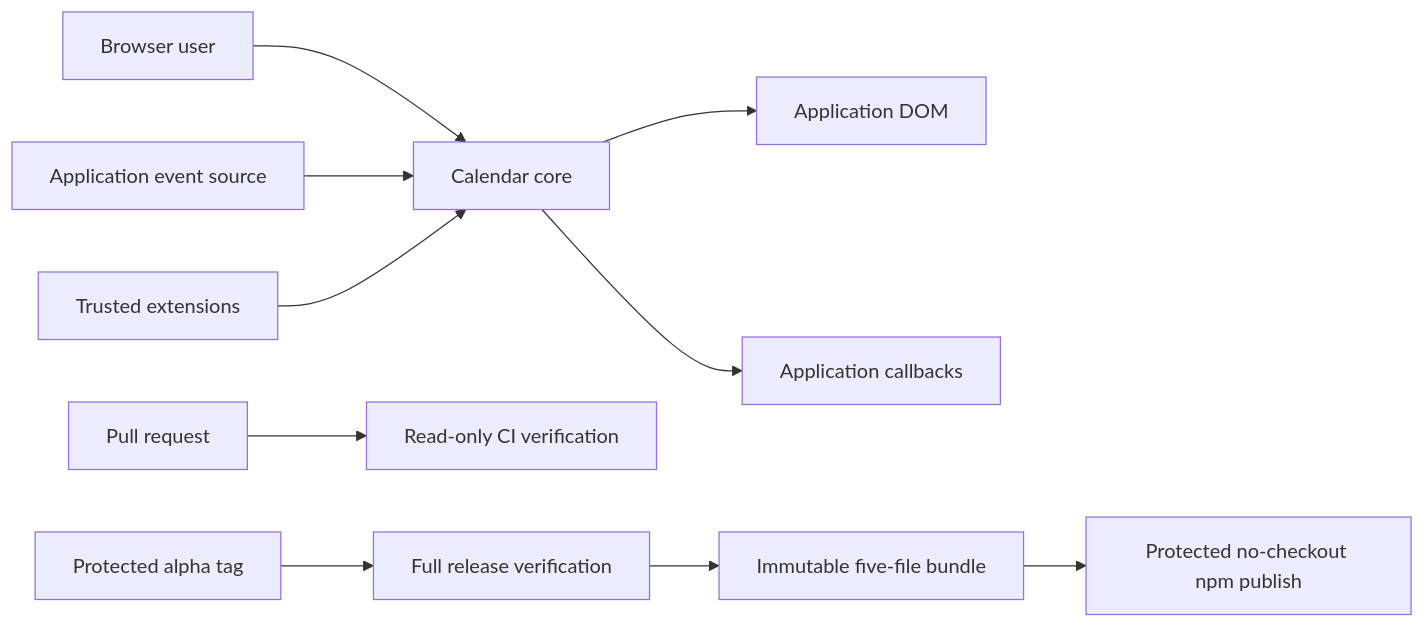
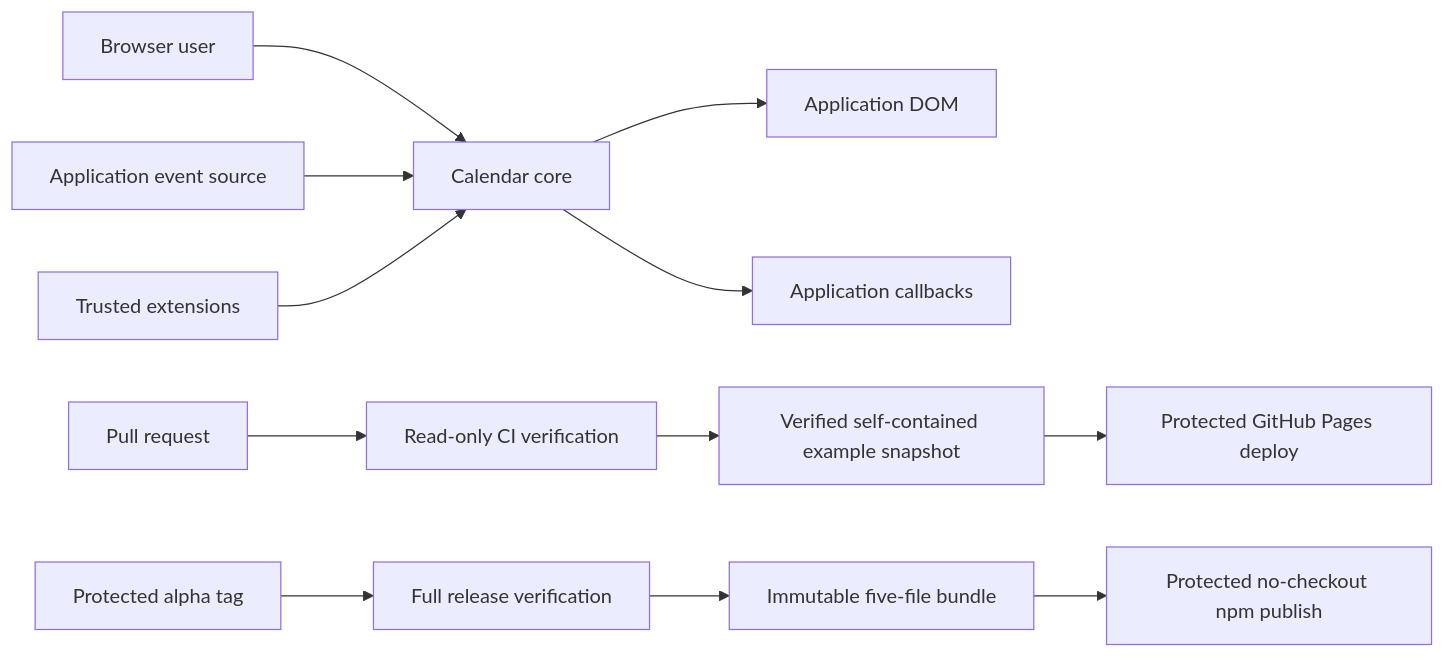
One commit to tryagaindev/litefold-calendar changed the diagram in docs/litefold-calendar-threat-model.md. Above: the diagram before and after it, drawn with Mermaid. The commit also changed other lines of this file and 93 other files, not shown here.

````diff
--- a/docs/litefold-calendar-threat-model.md
+++ b/docs/litefold-calendar-threat-model.md
@@ -32,12 +33,14 @@
 ```mermaid
 flowchart LR
   U[Browser user] --> C[Calendar core]
   S[Application event source] --> C
   C --> D[Application DOM]
   C --> A[Application callbacks]
   E[Trusted extensions] --> C
   P[Pull request] --> V[Read-only CI verification]
   T[Protected alpha tag] --> R[Full release verification]
   R --> B[Immutable five-file bundle]
   B --> N[Protected no-checkout npm publish]
+  V --> X[Verified self-contained example snapshot]
+  X --> G[Protected GitHub Pages deploy]
 ```
````
